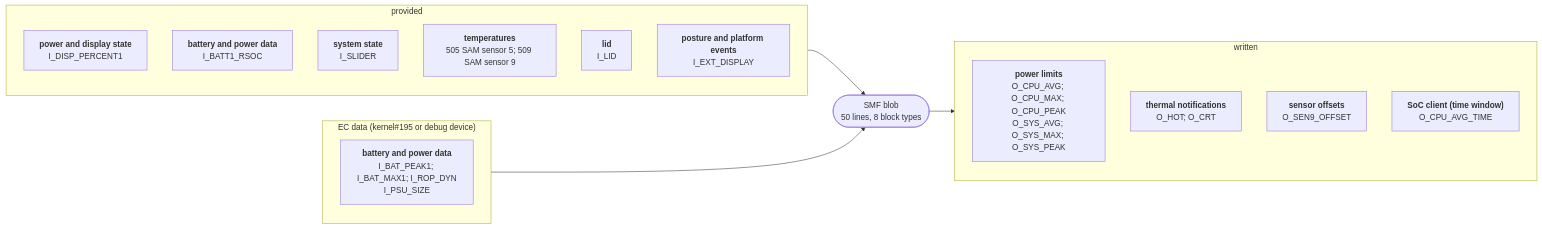
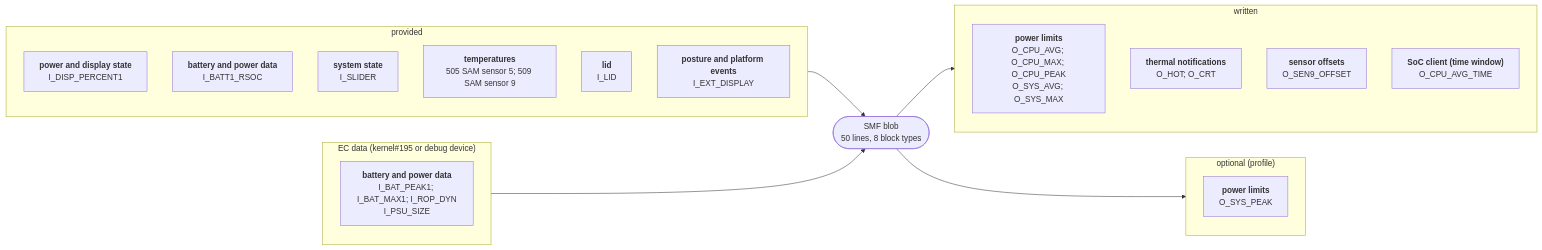
The diagram in docs/devices/surface-laptop-go.md (larsschellhas/linux-surface-power), drawn with Mermaid before and after one commit. The commit also changed other lines of this file and 42 other files, not shown here.

````diff
--- a/docs/devices/surface-laptop-go.md
+++ b/docs/devices/surface-laptop-go.md
@@ -19,24 +19,28 @@
 ```mermaid
 flowchart LR
     subgraph IN0["provided"]
         I0_1FB53D4C["<b>power and display state</b><br/>I_DISP_PERCENT1"]
         I0_28B7BD85["<b>battery and power data</b><br/>I_BATT1_RSOC"]
         I0_2DD6960F["<b>system state</b><br/>I_SLIDER"]
         I0_2E8B14C2["<b>temperatures</b><br/>505 SAM sensor 5; 509 SAM sensor 9"]
         I0_5D0EE597["<b>lid</b><br/>I_LID"]
         I0_8060B17F["<b>posture and platform events</b><br/>I_EXT_DISPLAY"]
     end
     IN0 --> B
     subgraph IN1["EC data (kernel#195 or debug device)"]
         I1_28B7BD85["<b>battery and power data</b><br/>I_BAT_PEAK1; I_BAT_MAX1; I_ROP_DYN<br/>I_PSU_SIZE"]
     end
     IN1 --> B
     B(["SMF blob<br/>50 lines, 8 block types"])
     subgraph OUT0["written"]
-        O0_0B7B5350["<b>power limits</b><br/>O_CPU_AVG; O_CPU_MAX; O_CPU_PEAK<br/>O_SYS_AVG; O_SYS_MAX; O_SYS_PEAK"]
+        O0_0B7B5350["<b>power limits</b><br/>O_CPU_AVG; O_CPU_MAX; O_CPU_PEAK<br/>O_SYS_AVG; O_SYS_MAX"]
         O0_110DF2A4["<b>thermal notifications</b><br/>O_HOT; O_CRT"]
         O0_A79674B4["<b>sensor offsets</b><br/>O_SEN9_OFFSET"]
         O0_CF2F6076["<b>SoC client (time window)</b><br/>O_CPU_AVG_TIME"]
     end
     B --> OUT0
+    subgraph OUT1["optional (profile)"]
+        O1_0B7B5350["<b>power limits</b><br/>O_SYS_PEAK"]
+    end
+    B --> OUT1
 ```
````
